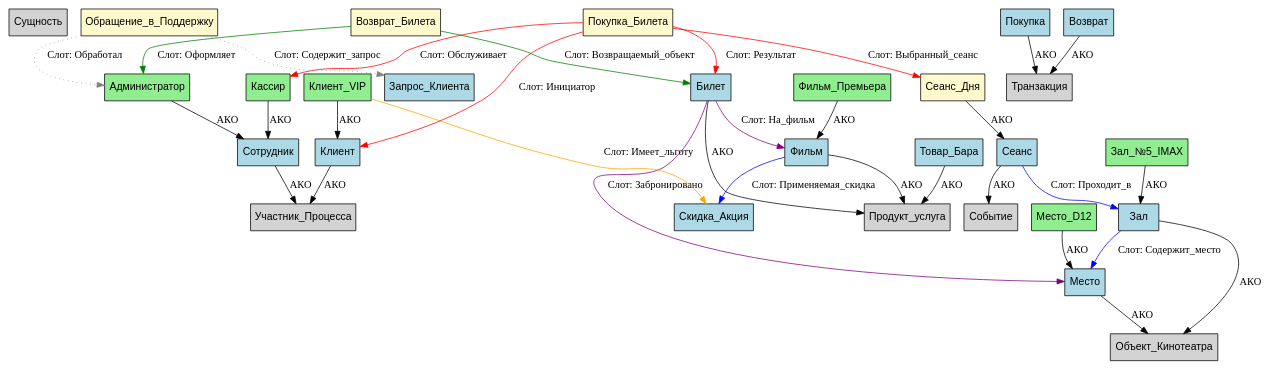
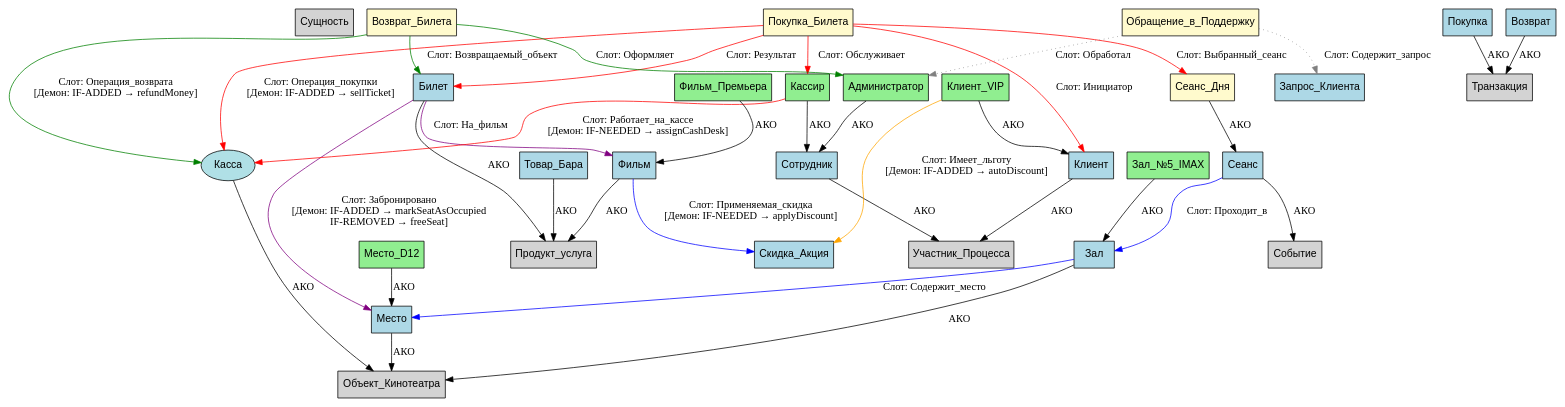
One commit to Resh1ne/unv-sem7 changed the diagram in kino.dot. Above: the diagram before and after it, drawn with Graphviz.

```diff
--- a/kino.dot
+++ b/kino.dot
@@ -1,101 +1,111 @@
-digraph Кинопрокат_Расширенная_Фреймовая_Модель {
-    // Настройки графа
+digraph Кинопрокат_Фреймы_с_Кассой {
     rankdir=TB;
     node [shape=box, style="filled", fillcolor="#ECECEC", fontname="Arial", margin=0.1];
 
-    // ==========================================================
-    // Прототипы (Общие Структуры - Серые)
-    // ==========================================================
+    // =========================================
+    // Прототипы (Серые)
+    // =========================================
     "Сущность" [fillcolor="#D3D3D3"];
     "Продукт_услуга" [fillcolor="#D3D3D3"];
     "Объект_Кинотеатра" [fillcolor="#D3D3D3"];
     "Участник_Процесса" [fillcolor="#D3D3D3"];
     "Транзакция" [fillcolor="#D3D3D3"];
     "Событие" [fillcolor="#D3D3D3"];
-    
-    // ==========================================================
+
+    // =========================================
     // Фреймы-структуры (Синие)
-    // ==========================================================
+    // =========================================
     "Фильм" [fillcolor="#ADD8E6"];
     "Товар_Бара" [fillcolor="#ADD8E6"];
     "Билет" [fillcolor="#ADD8E6"];
     "Сеанс" [fillcolor="#ADD8E6"];
     "Зал" [fillcolor="#ADD8E6"];
     "Место" [fillcolor="#ADD8E6"];
     "Скидка_Акция" [fillcolor="#ADD8E6"];
     "Клиент" [fillcolor="#ADD8E6"];
     "Сотрудник" [fillcolor="#ADD8E6"];
+    "Касса" [fillcolor="#ADD8E6", shape=ellipse, fillcolor="#B0E0E6"]; // новая сущность
     "Покупка" [fillcolor="#ADD8E6"];
     "Возврат" [fillcolor="#ADD8E6"];
     "Запрос_Клиента" [fillcolor="#ADD8E6"];
-    
-    // ==========================================================
-    // Фреймы-роли и образцы (Зеленые)
-    // ==========================================================
+
+    // =========================================
+    // Фреймы-роли (Зелёные)
+    // =========================================
     "Кассир" [fillcolor="#90EE90"];
     "Администратор" [fillcolor="#90EE90"];
     "Клиент_VIP" [fillcolor="#90EE90"];
     "Фильм_Премьера" [fillcolor="#90EE90"];
     "Зал_№5_IMAX" [fillcolor="#90EE90"];
     "Место_D12" [fillcolor="#90EE90"];
-    
-    // ==========================================================
-    // Фреймы-сценарии и ситуации (Желтые)
-    // ==========================================================
+
+    // =========================================
+    // Фреймы-сценарии (Жёлтые)
+    // =========================================
     "Покупка_Билета" [fillcolor="#FFFACD"];
     "Возврат_Билета" [fillcolor="#FFFACD"];
     "Обращение_в_Поддержку" [fillcolor="#FFFACD"];
     "Сеанс_Дня" [fillcolor="#FFFACD"];
-    
-    // ==========================================================
-    // 1. Связи Наследования (АКО - A Kind Of)
-    // ==========================================================
+
+    // =========================================
+    // Наследование (АКО)
+    // =========================================
     "Фильм" -> "Продукт_услуга" [label="АКО"];
     "Товар_Бара" -> "Продукт_услуга" [label="АКО"];
     "Билет" -> "Продукт_услуга" [label="АКО"];
     "Сеанс" -> "Событие" [label="АКО"];
 
     "Зал" -> "Объект_Кинотеатра" [label="АКО"];
     "Место" -> "Объект_Кинотеатра" [label="АКО"];
+    "Касса" -> "Объект_Кинотеатра" [label="АКО"];
 
     "Клиент" -> "Участник_Процесса" [label="АКО"];
     "Сотрудник" -> "Участник_Процесса" [label="АКО"];
 
     "Кассир" -> "Сотрудник" [label="АКО"];
     "Администратор" -> "Сотрудник" [label="АКО"];
     "Клиент_VIP" -> "Клиент" [label="АКО"];
 
     "Покупка" -> "Транзакция" [label="АКО"];
     "Возврат" -> "Транзакция" [label="АКО"];
 
     "Фильм_Премьера" -> "Фильм" [label="АКО"];
     "Зал_№5_IMAX" -> "Зал" [label="АКО"];
     "Место_D12" -> "Место" [label="АКО"];
     "Сеанс_Дня" -> "Сеанс" [label="АКО"];
-    
-    // ==========================================================
-    // 2. Связи Слотов (Отношения)
-    // ==========================================================
-    
-    // Связи Ассортимента
-    "Фильм" -> "Скидка_Акция" [label="Слот: Применяемая_скидка", color=blue];
+
+    // =========================================
+    // Слоты + Демоны
+    // =========================================
+
+    // Фильмы и скидки
+    "Фильм" -> "Скидка_Акция" [label="Слот: Применяемая_скидка\n[Демон: IF-NEEDED → applyDiscount]", color=blue];
     "Сеанс" -> "Зал" [label="Слот: Проходит_в", color=blue];
     "Зал" -> "Место" [label="Слот: Содержит_место", color=blue];
-    
-    // Связи Процесса Покупки
+
+    // Кассир и касса
+    "Кассир" -> "Касса" [label="Слот: Работает_на_кассе\n[Демон: IF-NEEDED → assignCashDesk]", color=red];
+
+    // Покупка билета
     "Покупка_Билета" -> "Клиент" [label="Слот: Инициатор", color=red];
     "Покупка_Билета" -> "Кассир" [label="Слот: Обслуживает", color=red];
+    "Покупка_Билета" -> "Касса" [label="Слот: Операция_покупки\n[Демон: IF-ADDED → sellTicket]", color=red];
     "Покупка_Билета" -> "Билет" [label="Слот: Результат", color=red];
     "Покупка_Билета" -> "Сеанс_Дня" [label="Слот: Выбранный_сеанс", color=red];
-    
-    // Связи Объектов в Покупке
+
+    // Билет
     "Билет" -> "Фильм" [label="Слот: На_фильм", color=purple];
-    "Билет" -> "Место" [label="Слот: Забронировано", color=purple];
-    
-    // Связи Лояльности и Обращений
-    "Клиент_VIP" -> "Скидка_Акция" [label="Слот: Имеет_льготу", color=orange];
+    "Билет" -> "Место" [label="Слот: Забронировано\n[Демон: IF-ADDED → markSeatAsOccupied\nIF-REMOVED → freeSeat]", color=purple];
+
+    // Скидки и VIP
+    "Клиент_VIP" -> "Скидка_Акция" [label="Слот: Имеет_льготу\n[Демон: IF-ADDED → autoDiscount]", color=orange];
+
+    // Возврат билета
     "Возврат_Билета" -> "Билет" [label="Слот: Возвращаемый_объект", color=green];
+    "Возврат_Билета" -> "Касса" [label="Слот: Операция_возврата\n[Демон: IF-ADDED → refundMoney]", color=green];
     "Возврат_Билета" -> "Администратор" [label="Слот: Оформляет", color=green];
+
+    // Поддержка
     "Обращение_в_Поддержку" -> "Администратор" [label="Слот: Обработал", color=gray, style=dotted];
     "Обращение_в_Поддержку" -> "Запрос_Клиента" [label="Слот: Содержит_запрос", color=gray, style=dotted];
 }
```
